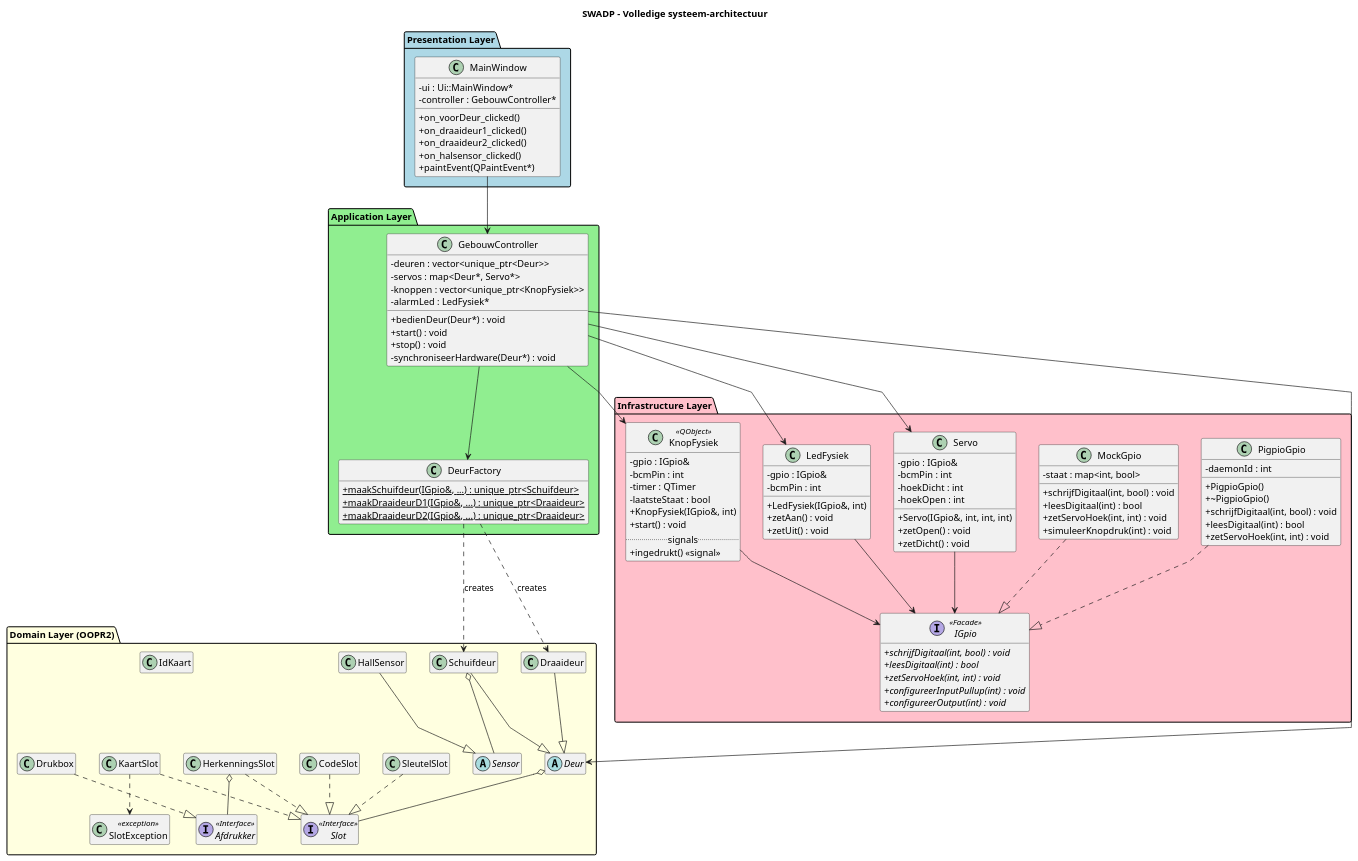
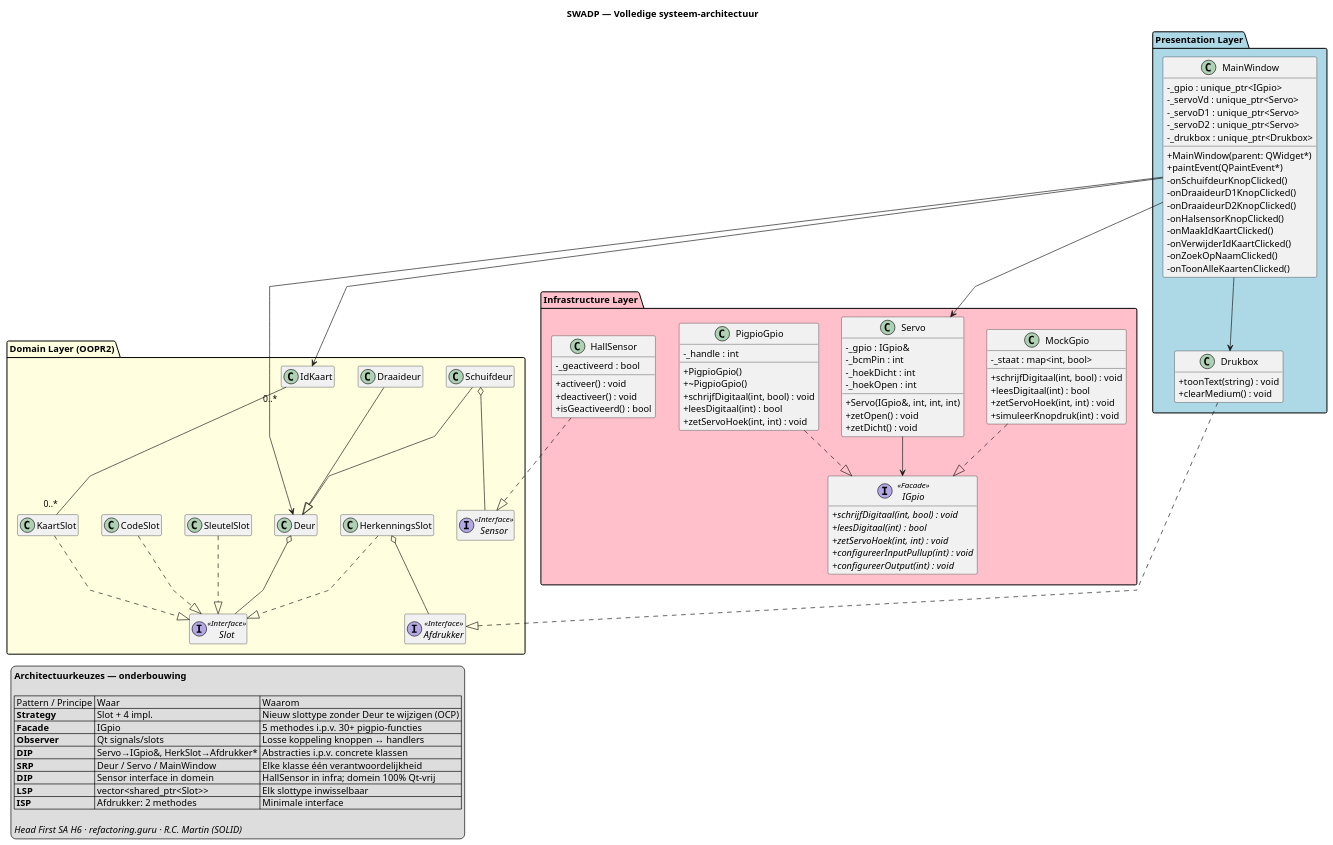
One commit to Jonteauxx/swadp_oopr2 changed the diagram in docs/diagrams/klassen-systeem.puml. Above: the diagram before and after it, drawn with PlantUML. The commit also changed 21 other files, not shown here.

First line of the commit message:
refactor: Sensor als pure interface + HallSensor naar Infrastructure

```diff
--- a/docs/diagrams/klassen-systeem.puml
+++ b/docs/diagrams/klassen-systeem.puml
@@ -1,155 +1,147 @@
 @startuml klassen-systeem
 '=============================================================================
-' SWADP - Volledige systeem-architectuur
+' SWADP — Volledig systeemklassendiagram
 '=============================================================================
 ' Toont hoe het OOPR2-domein wordt aangevuld met:
-'   - Application Layer  : GebouwController, DeurFactory
-'   - Infrastructure     : IGpio, PigpioGpio/MockGpio, Servo, KnopFysiek, LedFysiek
-'   - Presentation       : MainWindow + painters
+'   - Infrastructure     : IGpio, PigpioGpio/MockGpio, Servo
+'   - Presentation       : MainWindow, Drukbox
+'
+' Niet-bestaande klassen (GebouwController, DeurFactory, KnopFysiek,
+' LedFysiek, SlotException) zijn bewust weggelaten — YAGNI.
 '=============================================================================
 
-title SWADP - Volledige systeem-architectuur
+title SWADP — Volledige systeem-architectuur
 
 skinparam classAttributeIconSize 0
 skinparam linetype polyline
 hide empty members
 
 '==============================================================================
 package "Presentation Layer" #LightBlue {
   class MainWindow {
-    -ui : Ui::MainWindow*
-    -controller : GebouwController*
-    +on_voorDeur_clicked()
-    +on_draaideur1_clicked()
-    +on_draaideur2_clicked()
-    +on_halsensor_clicked()
+    -_gpio : unique_ptr<IGpio>
+    -_servoVd : unique_ptr<Servo>
+    -_servoD1 : unique_ptr<Servo>
+    -_servoD2 : unique_ptr<Servo>
+    -_drukbox : unique_ptr<Drukbox>
+    +MainWindow(parent: QWidget*)
     +paintEvent(QPaintEvent*)
-  }
-}
-
-'==============================================================================
-package "Application Layer" #LightGreen {
-  class GebouwController {
-    -deuren : vector<unique_ptr<Deur>>
-    -servos : map<Deur*, Servo*>
-    -knoppen : vector<unique_ptr<KnopFysiek>>
-    -alarmLed : LedFysiek*
-    +bedienDeur(Deur*) : void
-    +start() : void
-    +stop() : void
-    -synchroniseerHardware(Deur*) : void
+    -onSchuifdeurKnopClicked()
+    -onDraaideurD1KnopClicked()
+    -onDraaideurD2KnopClicked()
+    -onHalsensorKnopClicked()
+    -onMaakIdKaartClicked()
+    -onVerwijderIdKaartClicked()
+    -onZoekOpNaamClicked()
+    -onToonAlleKaartenClicked()
   }
 
-  class DeurFactory {
-    +{static} maakSchuifdeur(IGpio&, ...) : unique_ptr<Schuifdeur>
-    +{static} maakDraaideurD1(IGpio&, ...) : unique_ptr<Draaideur>
-    +{static} maakDraaideurD2(IGpio&, ...) : unique_ptr<Draaideur>
+  class Drukbox {
+    +toonText(string) : void
+    +clearMedium() : void
   }
 }
 
 '==============================================================================
 package "Domain Layer (OOPR2)" #LightYellow {
-  abstract class Deur
+  class Deur
   class Schuifdeur
   class Draaideur
-  abstract class Sensor
-  class HallSensor
+  interface Sensor <<Interface>>
   interface Slot <<Interface>>
   class SleutelSlot
   class CodeSlot
   class HerkenningsSlot
   class KaartSlot
   class IdKaart
-  class SlotException <<exception>>
   interface Afdrukker <<Interface>>
-  class Drukbox
 
   Schuifdeur --|> Deur
   Draaideur --|> Deur
-  HallSensor --|> Sensor
+  Schuifdeur o-- Sensor
   SleutelSlot ..|> Slot
   CodeSlot ..|> Slot
   HerkenningsSlot ..|> Slot
   KaartSlot ..|> Slot
   Drukbox ..|> Afdrukker
   Deur o-- Slot
-  Schuifdeur o-- Sensor
   HerkenningsSlot o-- Afdrukker
-  KaartSlot ..> SlotException
+  IdKaart "0..*" -- "0..*" KaartSlot
 }
 
 '==============================================================================
 package "Infrastructure Layer" #Pink {
   interface IGpio <<Facade>> {
     +{abstract} schrijfDigitaal(int, bool) : void
     +{abstract} leesDigitaal(int) : bool
     +{abstract} zetServoHoek(int, int) : void
     +{abstract} configureerInputPullup(int) : void
     +{abstract} configureerOutput(int) : void
   }
 
   class PigpioGpio {
-    -daemonId : int
+    -_handle : int
     +PigpioGpio()
     +~PigpioGpio()
     +schrijfDigitaal(int, bool) : void
     +leesDigitaal(int) : bool
     +zetServoHoek(int, int) : void
   }
 
   class MockGpio {
-    -staat : map<int, bool>
+    -_staat : map<int, bool>
     +schrijfDigitaal(int, bool) : void
     +leesDigitaal(int) : bool
     +zetServoHoek(int, int) : void
     +simuleerKnopdruk(int) : void
   }
 
   class Servo {
-    -gpio : IGpio&
-    -bcmPin : int
-    -hoekDicht : int
-    -hoekOpen : int
+    -_gpio : IGpio&
+    -_bcmPin : int
+    -_hoekDicht : int
+    -_hoekOpen : int
     +Servo(IGpio&, int, int, int)
     +zetOpen() : void
     +zetDicht() : void
   }
 
-  class KnopFysiek <<QObject>> {
-    -gpio : IGpio&
-    -bcmPin : int
-    -timer : QTimer
-    -laatsteStaat : bool
-    +KnopFysiek(IGpio&, int)
-    +start() : void
-    ..signals..
-    +ingedrukt() <<signal>>
-  }
-
-  class LedFysiek {
-    -gpio : IGpio&
-    -bcmPin : int
-    +LedFysiek(IGpio&, int)
-    +zetAan() : void
-    +zetUit() : void
+  class HallSensor {
+    -_geactiveerd : bool
+    +activeer() : void
+    +deactiveer() : void
+    +isGeactiveerd() : bool
   }
 
   PigpioGpio ..|> IGpio
   MockGpio ..|> IGpio
+  HallSensor ..|> Sensor
   Servo --> IGpio
-  KnopFysiek --> IGpio
-  LedFysiek --> IGpio
 }
 
 '==============================================================================
-' Layer-overschrijdende relaties
-MainWindow --> GebouwController
-GebouwController --> Deur
-GebouwController --> Servo
-GebouwController --> KnopFysiek
-GebouwController --> LedFysiek
-GebouwController --> DeurFactory
-DeurFactory ..> Schuifdeur : creates
-DeurFactory ..> Draaideur : creates
+' Laag-overschrijdende relaties
+MainWindow --> Deur
+MainWindow --> Servo
+MainWindow --> Drukbox
+MainWindow --> IdKaart
+
+'==============================================================================
+' Onderbouwing
+legend bottom left
+    **Architectuurkeuzes — onderbouwing**
+
+    | Pattern / Principe | Waar | Waarom |
+    | **Strategy** | Slot + 4 impl. | Nieuw slottype zonder Deur te wijzigen (OCP) |
+    | **Facade** | IGpio | 5 methodes i.p.v. 30+ pigpio-functies |
+    | **Observer** | Qt signals/slots | Losse koppeling knoppen ↔ handlers |
+    | **DIP** | Servo→IGpio&, HerkSlot→Afdrukker* | Abstracties i.p.v. concrete klassen |
+    | **SRP** | Deur / Servo / MainWindow | Elke klasse één verantwoordelijkheid |
+    | **DIP** | Sensor interface in domein | HallSensor in infra; domein 100% Qt-vrij |
+    | **LSP** | vector<shared_ptr<Slot>> | Elk slottype inwisselbaar |
+    | **ISP** | Afdrukker: 2 methodes | Minimale interface |
+
+    //Head First SA H6 · refactoring.guru · R.C. Martin (SOLID)//
+end legend
 
 @enduml
```
